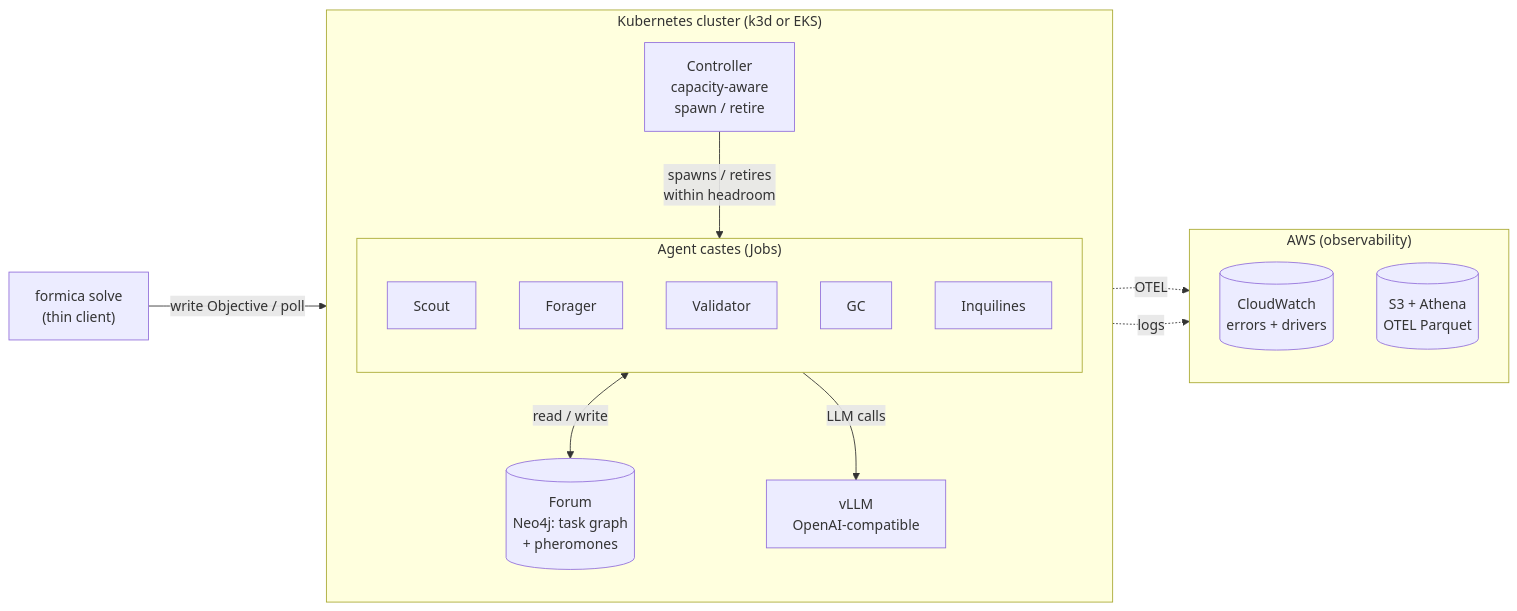
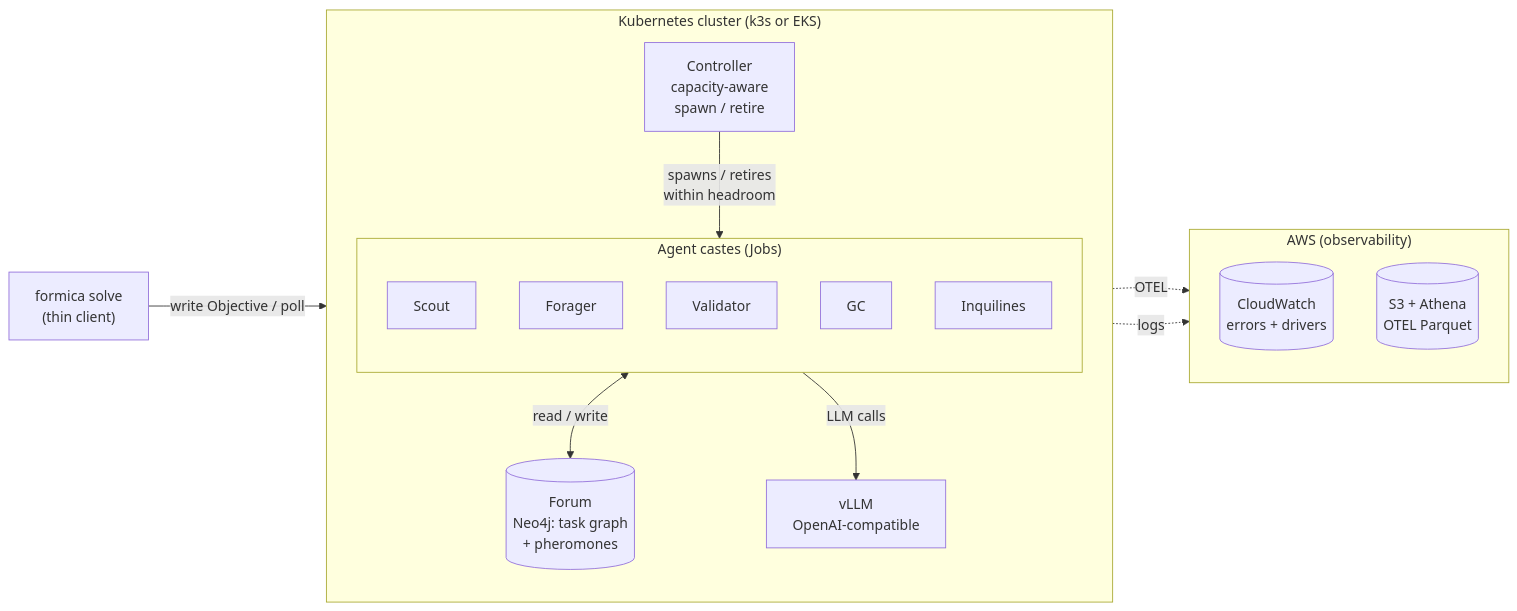
One commit to abacus2000/formica changed the diagram in README.md. Above: the diagram before and after it, drawn with Mermaid. The commit also changed other lines of this file and 5 other files, not shown here.

````diff
--- a/README.md
+++ b/README.md
@@ -37,38 +37,38 @@
 ```mermaid
 flowchart LR
     CLI["formica solve<br/>(thin client)"]
 
-    subgraph cluster["Kubernetes cluster (k3d or EKS)"]
+    subgraph cluster["Kubernetes cluster (k3s or EKS)"]
         direction TB
 
         CTRL["Controller<br/>capacity-aware<br/>spawn / retire"]
 
         subgraph castes["Agent castes (Jobs)"]
             direction TB
             SC["Scout"]
             FO["Forager"]
             VA["Validator"]
             GC["GC"]
             INQ["Inquilines"]
         end
 
         NEO[("Forum<br/>Neo4j: task graph<br/>+ pheromones")]
         VLLM["vLLM<br/>OpenAI-compatible"]
     end
 
     subgraph aws["AWS (observability)"]
         direction TB
         CW[("CloudWatch<br/>errors + drivers")]
         S3[("S3 + Athena<br/>OTEL Parquet")]
     end
 
     CLI -->|write Objective / poll| NEO
 
     CTRL -->|spawns / retires<br/>within headroom| castes
 
     castes <-->|read / write| NEO
     castes -->|LLM calls| VLLM
 
     castes -.->|OTEL| S3
     castes -.->|logs| CW
 ```
````
